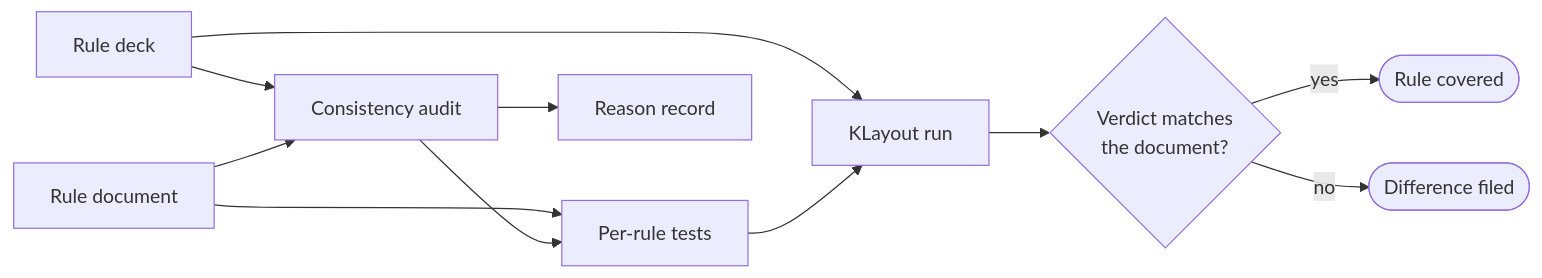
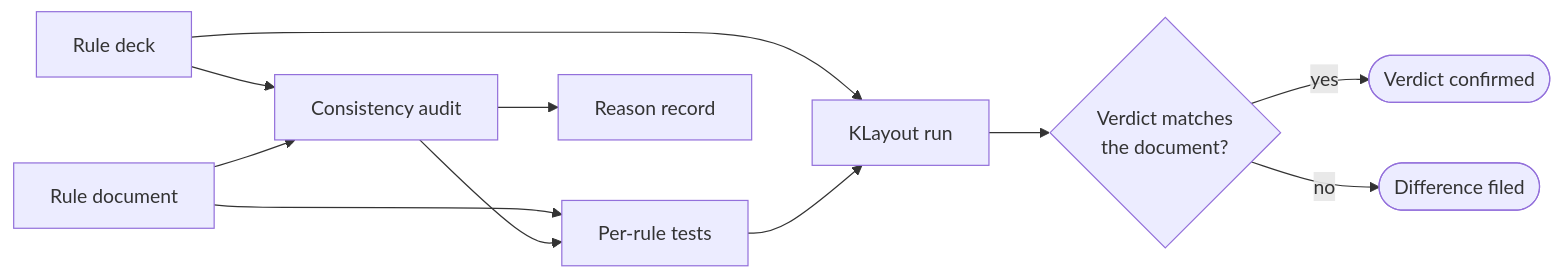
One commit to mithro/open-silicon-hitlist changed the first of 3 diagrams in projects/drc-forge.md. Above: the diagram before and after it, drawn with Mermaid. The commit also changed other lines of this file and 5 other files, not shown here.

First line of the commit message:
drc-forge: figure fixes after two reviews; skim path back to 1,250

````diff
--- a/projects/drc-forge.md
+++ b/projects/drc-forge.md
@@ -17,22 +17,22 @@
 ```mermaid
 flowchart LR
   deck["Rule deck"]
   doc["Rule document"]
   audit["Consistency audit"]
   tests["Per-rule tests"]
   run["KLayout run"]
   cmp{"Verdict matches<br/>the document?"}
   filed(["Difference filed"])
-  ok(["Rule covered"])
+  ok(["Verdict confirmed"])
   reasons["Reason record"]
   deck --> audit
   doc --> audit
   doc --> tests
   audit --> tests
   deck --> run
   tests --> run
   run --> cmp
   cmp -->|yes| ok
   cmp -->|no| filed
   audit --> reasons
 ```
````
